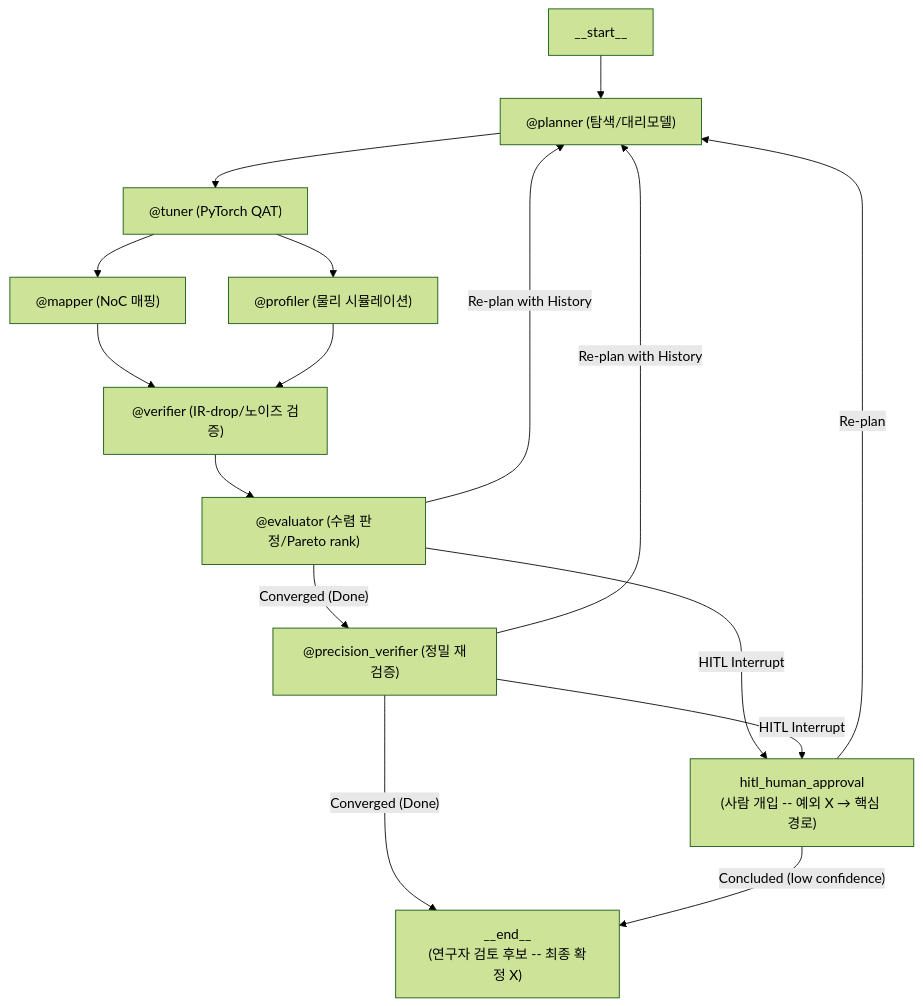
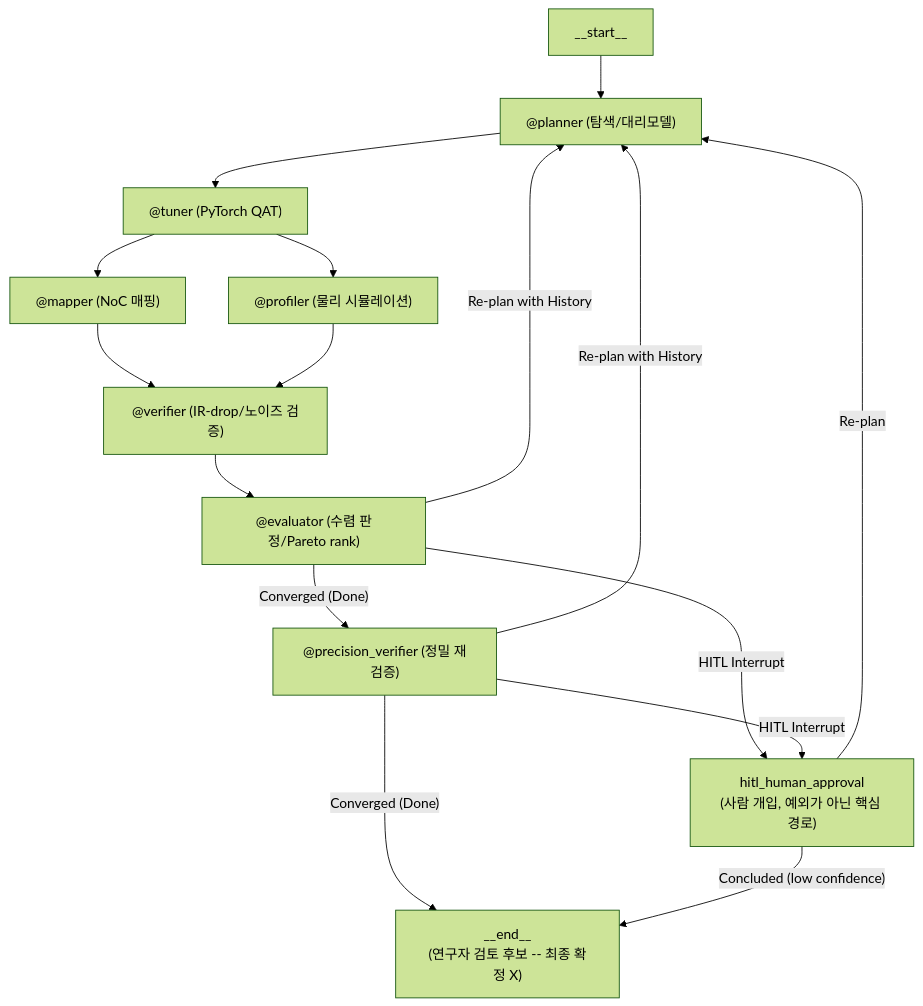
Before and after one commit to ong-labs/tessellate: the diagram in README.md, drawn with Mermaid (forest theme). The commit also changed other lines of this file, not shown here.

````diff
--- a/README.md
+++ b/README.md
@@ -11,24 +15,24 @@
 ```mermaid
 graph TD
     START[__start__] --> planner["@planner (탐색/대리모델)"]
     planner --> tuner["@tuner (PyTorch QAT)"]
 
     tuner --> mapper["@mapper (NoC 매핑)"]
     tuner --> profiler["@profiler (물리 시뮬레이션)"]
 
     mapper --> verifier["@verifier (IR-drop/노이즈 검증)"]
     profiler --> verifier
 
     verifier --> evaluator["@evaluator (수렴 판정/Pareto rank)"]
 
     evaluator -- "Re-plan with History" --> planner
-    evaluator -- "HITL Interrupt" --> hitl["hitl_human_approval<br/>(사람 개입 -- 예외 X → 핵심 경로)"]
+    evaluator -- "HITL Interrupt" --> hitl["hitl_human_approval<br/>(사람 개입, 예외가 아닌 핵심 경로)"]
     evaluator -- "Converged (Done)" --> precision["@precision_verifier (정밀 재검증)"]
 
     precision -- "Re-plan with History" --> planner
     precision -- "HITL Interrupt" --> hitl
     precision -- "Converged (Done)" --> END["__end__<br/>(연구자 검토 후보 -- 최종 확정 X)"]
 
     hitl -- "Re-plan" --> planner
     hitl -- "Concluded (low confidence)" --> END
 ```
````
